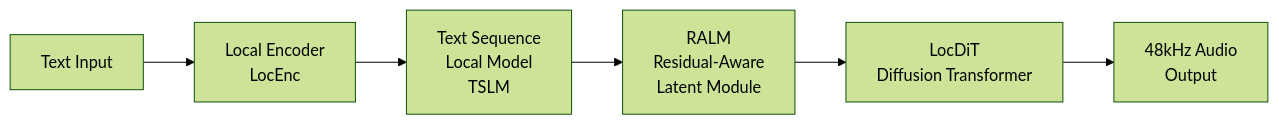
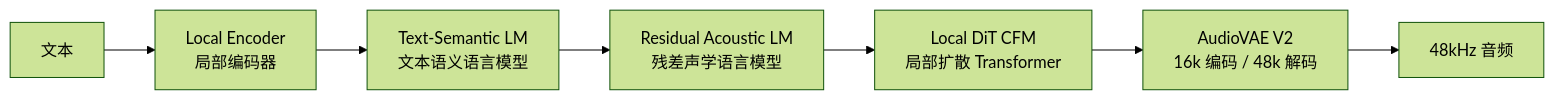
The diagram in content/posts/tech/voxcpm2-tokenizer-free-tts-guide.md (A1pha3/text-matrix), drawn with Mermaid (forest theme) before and after one commit. The commit also changed other lines of this file and 2 other files, not shown here.

Commit message:
Enhance Kimi K3 model description and clarify technical details in the investment analysis post

````diff
--- a/content/posts/tech/voxcpm2-tokenizer-free-tts-guide.md
+++ b/content/posts/tech/voxcpm2-tokenizer-free-tts-guide.md
@@ -67,8 +40,9 @@
 ```mermaid
 graph LR
-    A[Text Input] --> B[Local Encoder<br/>LocEnc]
-    B --> C[Text Sequence<br/>Local Model<br/>TSLM]
-    C --> D[RALM<br/>Residual-Aware<br/>Latent Module]
-    D --> E[LocDiT<br/>Diffusion Transformer]
-    E --> F[48kHz Audio<br/>Output]
+    A[文本] --> B[Local Encoder<br/>局部编码器]
+    B --> C[Text-Semantic LM<br/>文本语义语言模型]
+    C --> D[Residual Acoustic LM<br/>残差声学语言模型]
+    D --> E[Local DiT CFM<br/>局部扩散 Transformer]
+    E --> F[AudioVAE V2<br/>16k 编码 / 48k 解码]
+    F --> G[48kHz 音频]
 ```
````
